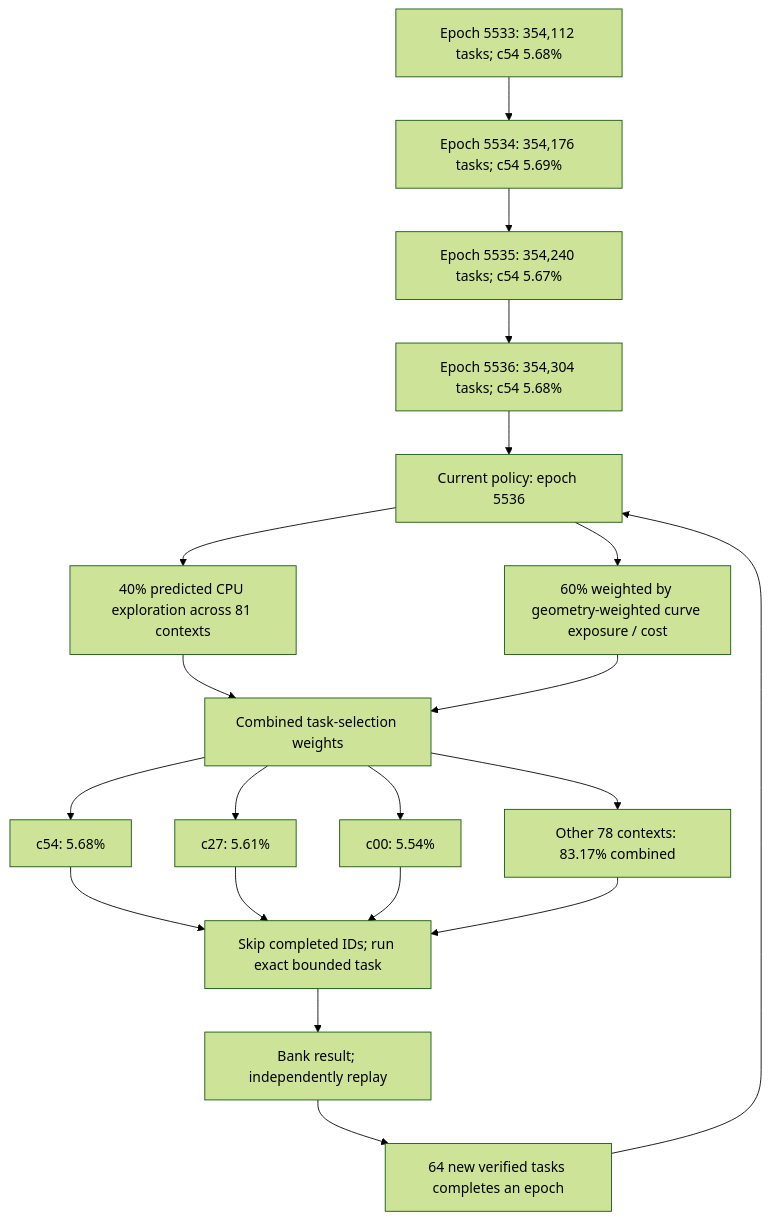
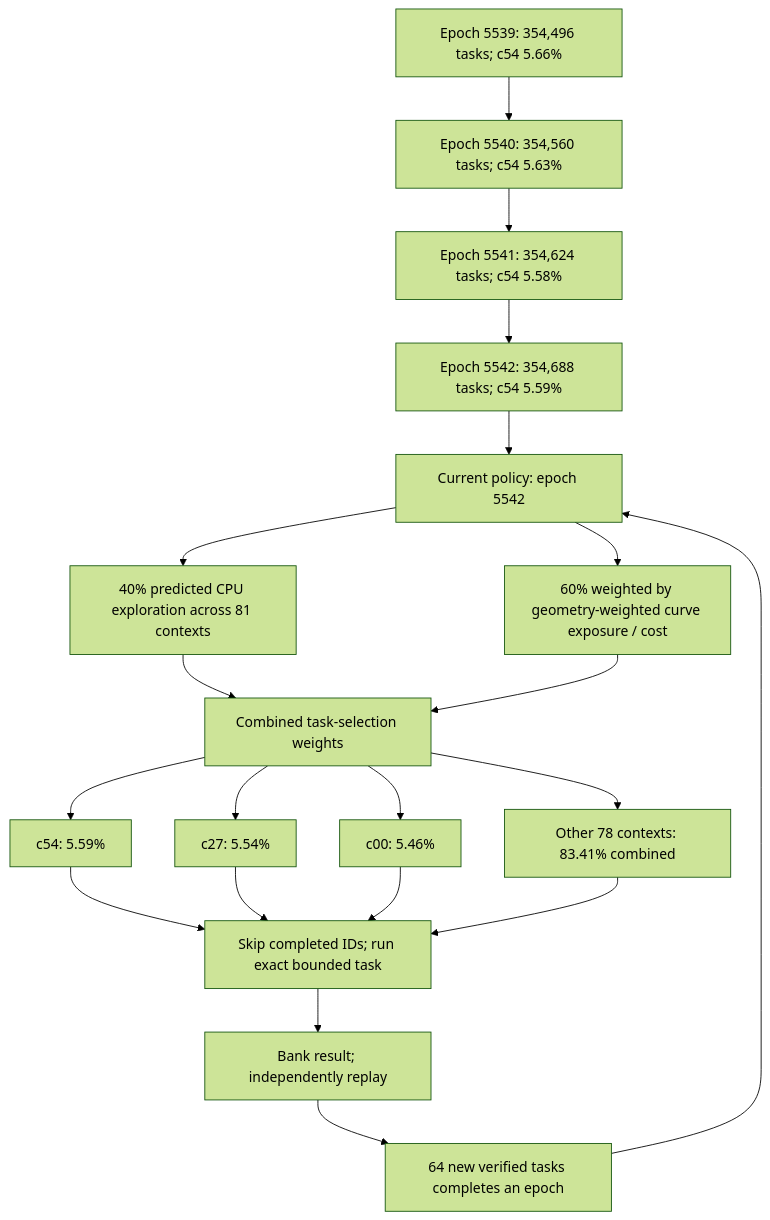
The first of 3 diagrams in README.md (Kuberwastaken/math-gambling), drawn with Mermaid (forest theme) before and after one commit. The commit also changed other lines of this file and 1247 other files, not shown here.

````diff
--- a/README.md
+++ b/README.md
@@ -60,27 +60,27 @@
 ```mermaid
 flowchart TD
-    H0["Epoch 5533: 354,112 tasks; c54 5.68%"]
-    H1["Epoch 5534: 354,176 tasks; c54 5.69%"]
+    H0["Epoch 5539: 354,496 tasks; c54 5.66%"]
+    H1["Epoch 5540: 354,560 tasks; c54 5.63%"]
     H0 --> H1
-    H2["Epoch 5535: 354,240 tasks; c54 5.67%"]
+    H2["Epoch 5541: 354,624 tasks; c54 5.58%"]
     H1 --> H2
-    H3["Epoch 5536: 354,304 tasks; c54 5.68%"]
+    H3["Epoch 5542: 354,688 tasks; c54 5.59%"]
     H2 --> H3
-    Policy["Current policy: epoch 5536"]
+    Policy["Current policy: epoch 5542"]
     H3 --> Policy
     Policy --> Explore["40% predicted CPU exploration across 81 contexts"]
     Policy --> Cost["60% weighted by geometry-weighted curve exposure / cost"]
     Explore --> Mix["Combined task-selection weights"]
     Cost --> Mix
-    Mix --> C0["c54: 5.68%"]
-    Mix --> C1["c27: 5.61%"]
-    Mix --> C2["c00: 5.54%"]
-    Mix --> Rest["Other 78 contexts: 83.17% combined"]
+    Mix --> C0["c54: 5.59%"]
+    Mix --> C1["c27: 5.54%"]
+    Mix --> C2["c00: 5.46%"]
+    Mix --> Rest["Other 78 contexts: 83.41% combined"]
     C0 --> Check["Skip completed IDs; run exact bounded task"]
     C1 --> Check
     C2 --> Check
     Rest --> Check
     Check --> Replay["Bank result; independently replay"]
     Replay --> Gate["64 new verified tasks completes an epoch"]
     Gate --> Policy
 ```
````
